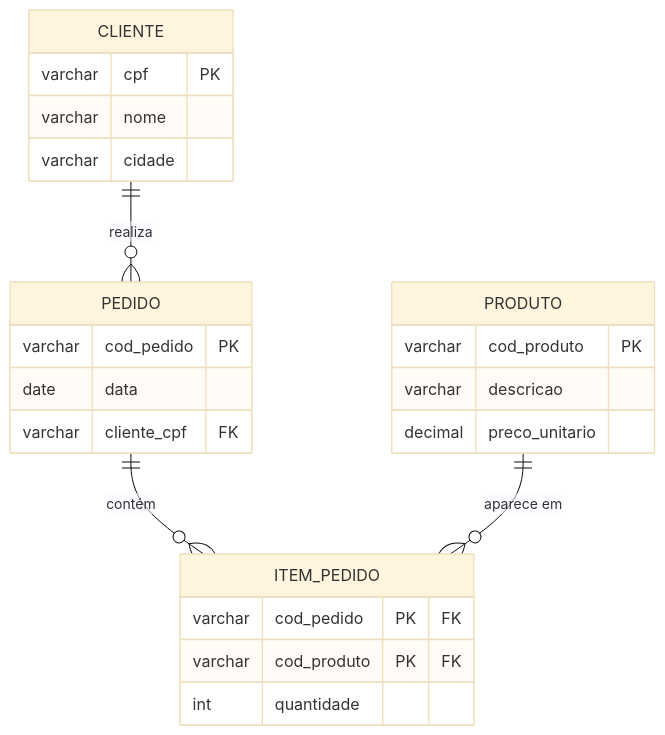
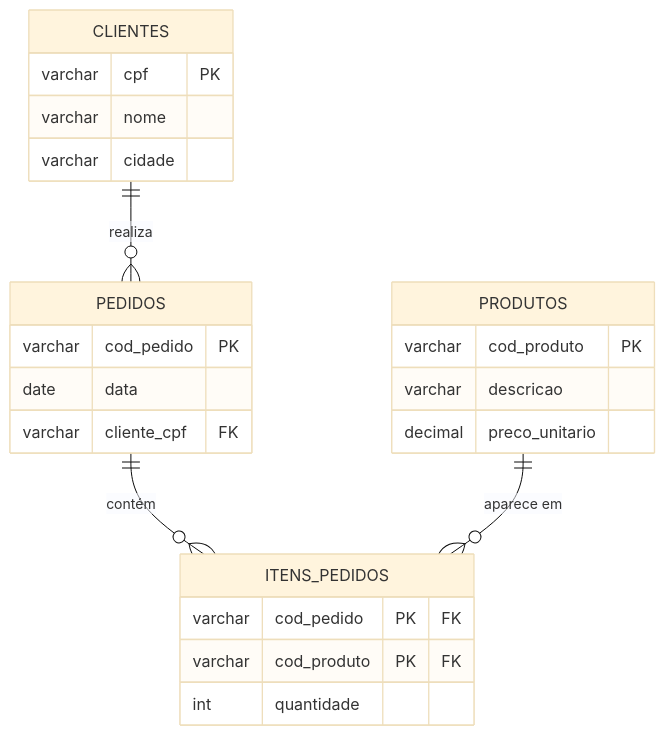
The eighth of 9 diagrams in docs/aulas/Aula_02_Normalizacao.md (DSM-Fatec-Jahu/BDR-DSM-2026-2), drawn with Mermaid (base theme) before and after one commit. The commit also changed other lines of this file and 1 other file, not shown here.

````diff
--- a/docs/aulas/Aula_02_Normalizacao.md
+++ b/docs/aulas/Aula_02_Normalizacao.md
@@ -695,30 +755,30 @@
 ```mermaid
 erDiagram
-    CLIENTE {
+    CLIENTES {
         varchar cpf PK
         varchar nome
         varchar cidade
     }
 
-    PEDIDO {
+    PEDIDOS {
         varchar cod_pedido PK
         date data
         varchar cliente_cpf FK
     }
 
-    PRODUTO {
+    PRODUTOS {
         varchar cod_produto PK
         varchar descricao
         decimal preco_unitario
     }
 
-    ITEM_PEDIDO {
+    ITENS_PEDIDOS {
         varchar cod_pedido PK "FK"
         varchar cod_produto PK "FK"
         int quantidade
     }
 
-    CLIENTE ||--o{ PEDIDO : "realiza"
-    PEDIDO ||--o{ ITEM_PEDIDO : "contém"
-    PRODUTO ||--o{ ITEM_PEDIDO : "aparece em"
+    CLIENTES ||--o{ PEDIDOS : "realiza"
+    PEDIDOS ||--o{ ITENS_PEDIDOS : "contém"
+    PRODUTOS ||--o{ ITENS_PEDIDOS : "aparece em"
 ```
````
